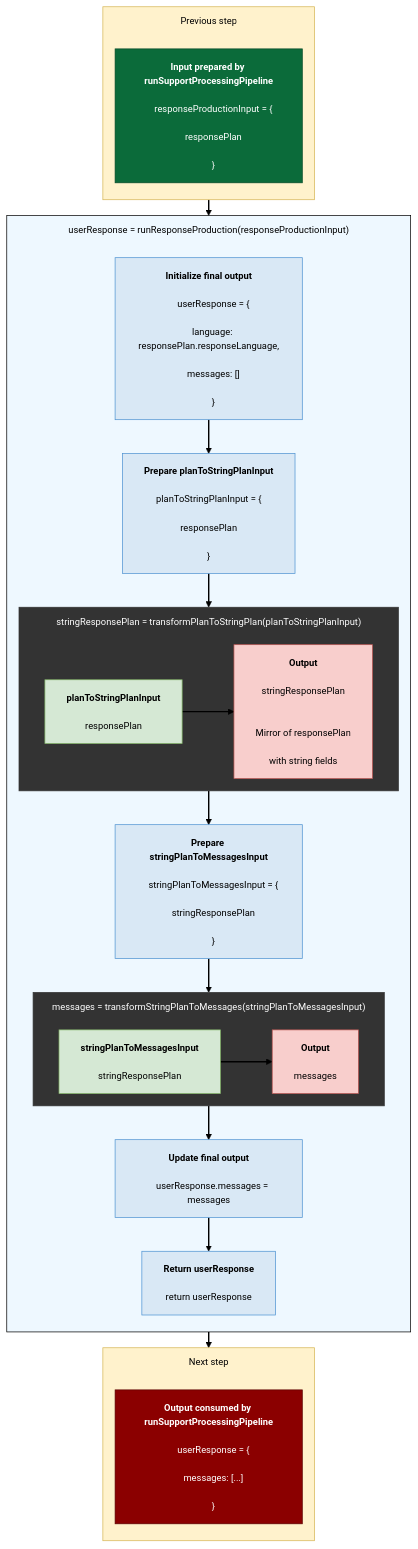
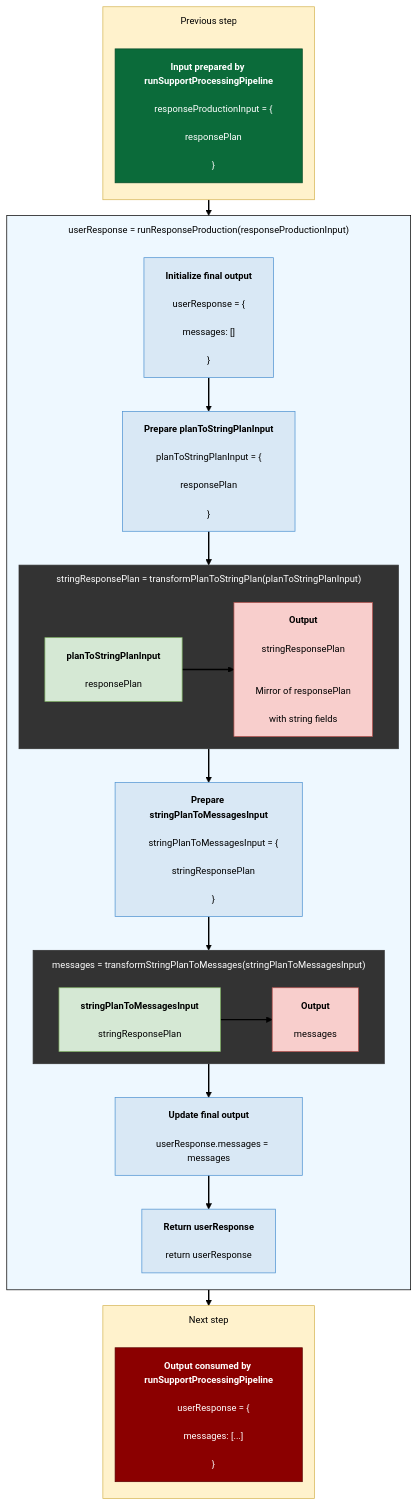
One commit to linagora/automatisation-support changed the first of 3 diagrams in docs/support-processing-pipeline/responseProductionPipeline.md. Above: the diagram before and after it, drawn with Mermaid. The commit also changed other lines of this file and 50 other files, not shown here.

```diff
--- a/docs/support-processing-pipeline/responseProductionPipeline.md
+++ b/docs/support-processing-pipeline/responseProductionPipeline.md
@@ -20,7 +20,6 @@
 
     T_INIT_OUTPUT["<b>Initialize final output</b><br/>
     userResponse = {<br/>
-    language: responsePlan.responseLanguage,<br/>
     messages: []<br/>
     }"]
 
```
